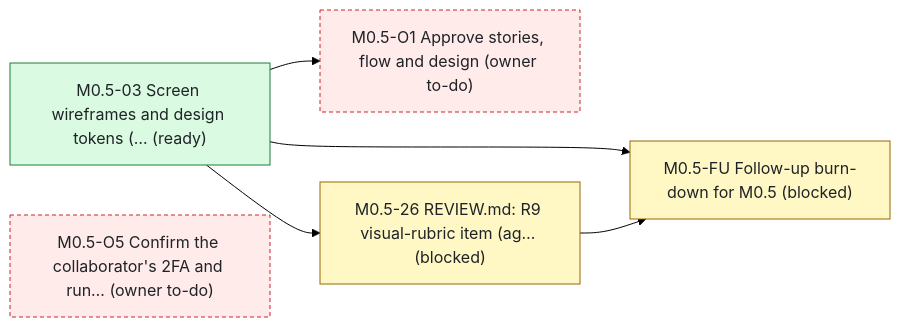
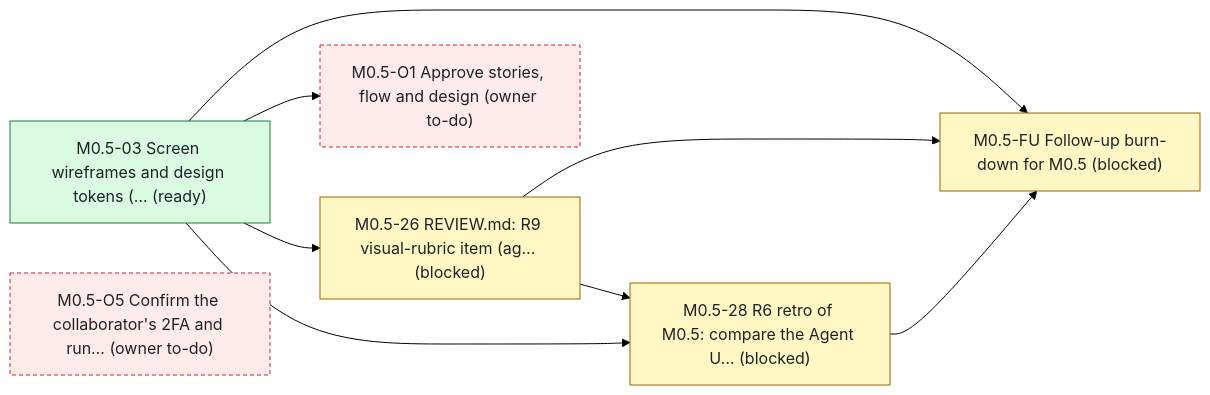
One commit to bondo/listicles2 changed the first of 2 diagrams in status.md. Above: the diagram before and after it, drawn with Mermaid (forest theme). The commit also changed other lines of this file and 2 other files, not shown here.

````diff
--- a/status.md
+++ b/status.md
@@ -109,17 +110,21 @@
 ```mermaid
 flowchart LR
     n0["M0.5-03 Screen wireframes and design tokens (… (ready)"]:::ready
     n1["M0.5-FU Follow-up burn-down for M0.5 (blocked)"]:::blocked
     n2["M0.5-O1 Approve stories, flow and design (owner to-do)"]:::owner
     n3["M0.5-26 REVIEW.md: R9 visual-rubric item (ag… (blocked)"]:::blocked
     n4["M0.5-O5 Confirm the collaborator's 2FA and run… (owner to-do)"]:::owner
+    n5["M0.5-28 R6 retro of M0.5: compare the Agent U… (blocked)"]:::blocked
     n0 --> n1
     n3 --> n1
+    n5 --> n1
     n0 --> n2
     n0 --> n3
+    n0 --> n5
+    n3 --> n5
     classDef ready fill:#dafbe1,stroke:#1a7f37,color:#1f2328
     classDef progress fill:#ddf4ff,stroke:#0969da,color:#1f2328
     classDef blocked fill:#fff8c5,stroke:#9a6700,color:#1f2328
     classDef owner fill:#ffebe9,stroke:#cf222e,color:#1f2328,stroke-dasharray:4 3
     classDef ext fill:#eaeef2,stroke:#59636e,color:#1f2328,stroke-dasharray:2 2
 ```
````
